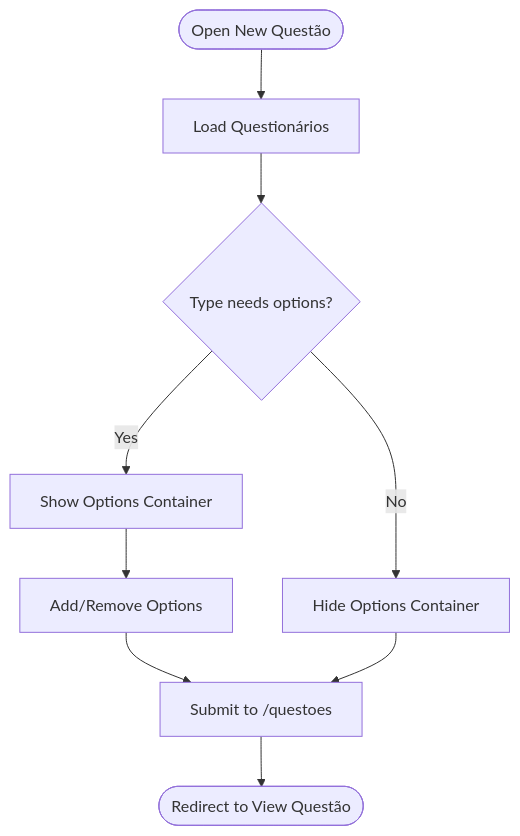
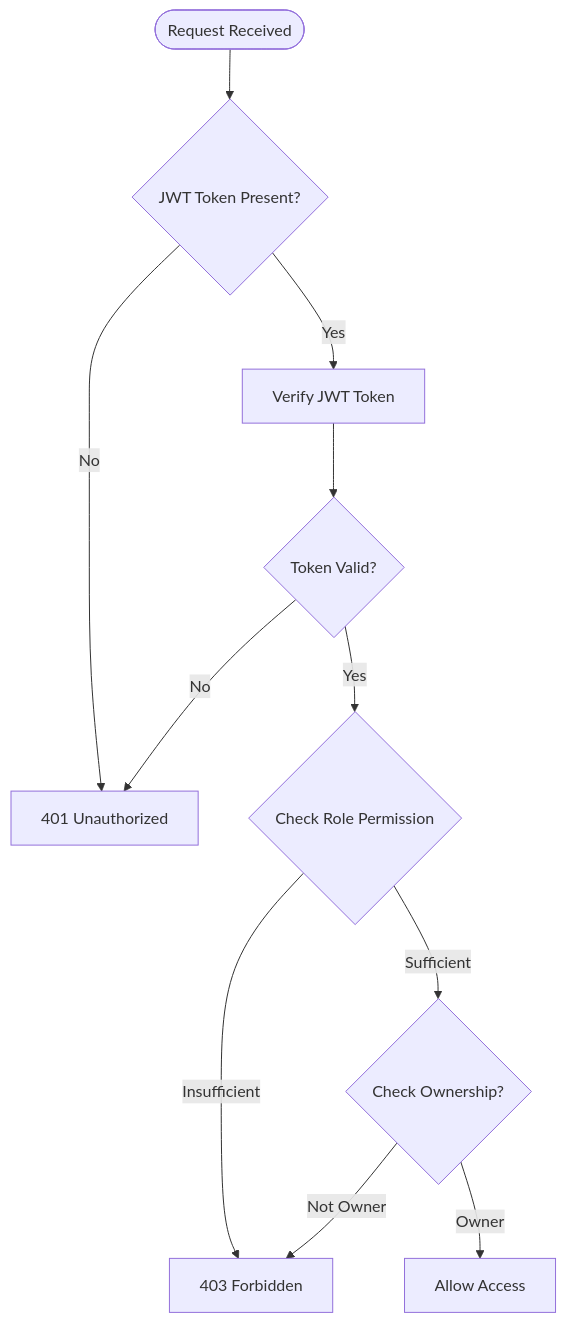
The seventh of 9 diagrams in .qoder/repowiki/en/content/Core Features Implementation/Questionnaire & Assessment System.md (luiseduacosta/nodemural), drawn with Mermaid before and after one commit. The commit also changed other lines of this file and 30 other files, not shown here.

Commit message:
Update tables schema.

````diff
--- a/.qoder/repowiki/en/content/Core Features Implementation/Questionnaire & Assessment System.md
+++ b/.qoder/repowiki/en/content/Core Features Implementation/Questionnaire & Assessment System.md
@@ -335,11 +305,13 @@
 ```mermaid
 flowchart TD
-Start(["Open New Questão"]) --> LoadQ["Load Questionários"]
-LoadQ --> SelectType{"Type needs options?"}
-SelectType --> |Yes| ShowOpts["Show Options Container"]
-SelectType --> |No| HideOpts["Hide Options Container"]
-ShowOpts --> AddRemove["Add/Remove Options"]
-AddRemove --> Submit["Submit to /questoes"]
-HideOpts --> Submit
-Submit --> Done(["Redirect to View Questão"])
+Start(["Request Received"]) --> CheckToken{"JWT Token Present?"}
+CheckToken --> |No| Deny401["401 Unauthorized"]
+CheckToken --> |Yes| VerifyToken["Verify JWT Token"]
+VerifyToken --> TokenValid{"Token Valid?"}
+TokenValid --> |No| Deny401
+TokenValid --> |Yes| CheckRole{"Check Role Permission"}
+CheckRole --> |Insufficient| Deny403["403 Forbidden"]
+CheckRole --> |Sufficient| CheckOwnership{"Check Ownership?"}
+CheckOwnership --> |Not Owner| Deny403
+CheckOwnership --> |Owner| AllowAccess["Allow Access"]
 ```
````
